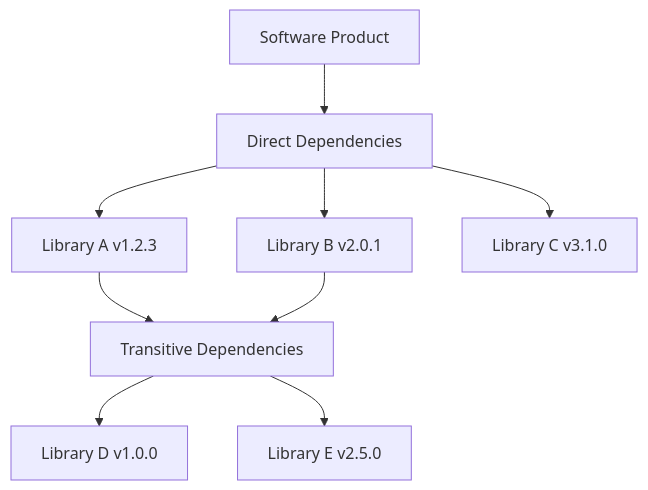
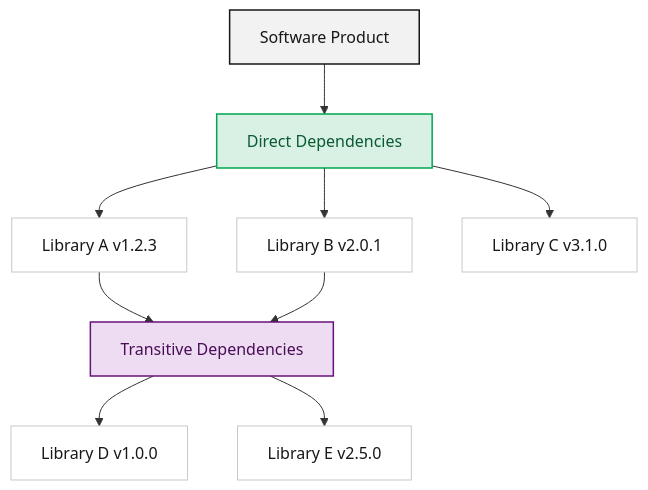
The diagram in content/en/guide/supply-chain/sbom/what-is-sbom.md (sktelecom/sktelecom.github.io), drawn with Mermaid before and after one commit. The commit also changed 9 other files, not shown here.

Commit message:
docs(supply-chain): restyle guide diagrams with grouped zones and a consistent SK palette

````diff
--- a/content/en/guide/supply-chain/sbom/what-is-sbom.md
+++ b/content/en/guide/supply-chain/sbom/what-is-sbom.md
@@ -14,11 +14,21 @@
 ```mermaid
 graph TD
     A[Software Product] --> B[Direct Dependencies]
     B --> C[Library A v1.2.3]
     B --> D[Library B v2.0.1]
     B --> E[Library C v3.1.0]
     C --> F[Transitive Dependencies]
     F --> G[Library D v1.0.0]
     F --> H[Library E v2.5.0]
     D --> F
+
+    classDef root fill:#F2F2F2,stroke:#171717,color:#171717,stroke-width:1.5px
+    classDef direct fill:#D9F0E4,stroke:#00A651,color:#0A5A32,stroke-width:1.5px
+    classDef trans fill:#EEDCF3,stroke:#68127A,color:#4A0D57,stroke-width:1.5px
+    classDef lib fill:#ffffff,stroke:#c8c8c8,color:#171717,stroke-width:1px
+
+    class A root
+    class B direct
+    class F trans
+    class C,D,E,G,H lib
 ```
````
